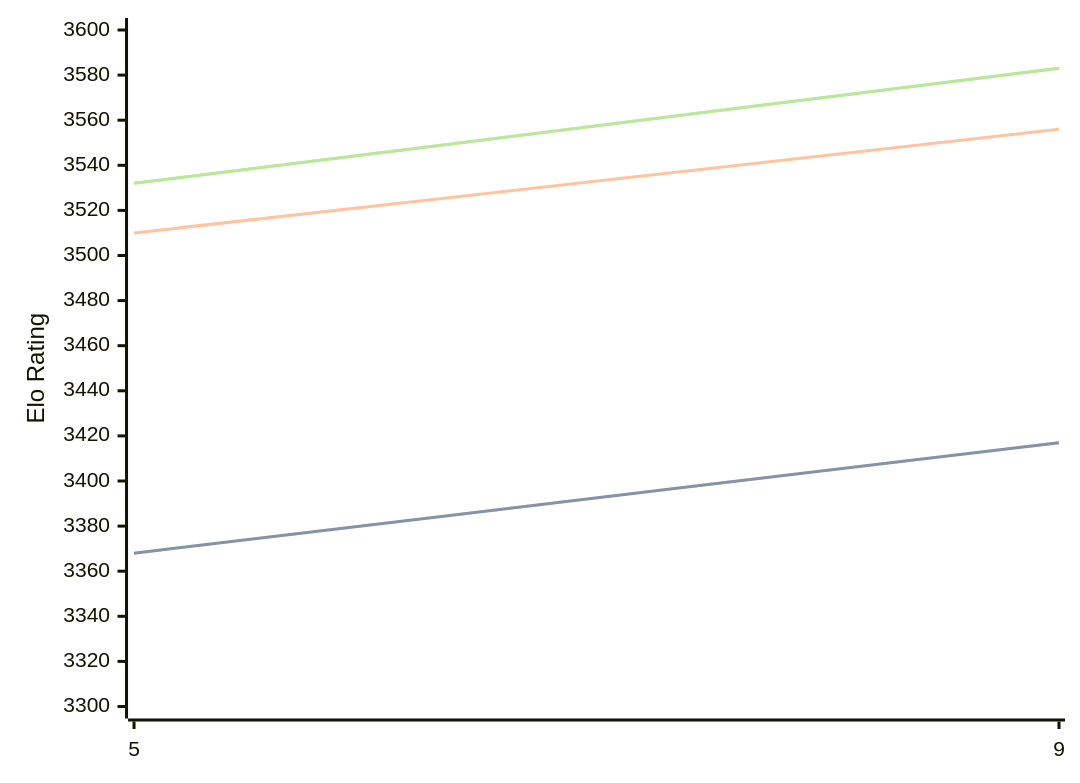
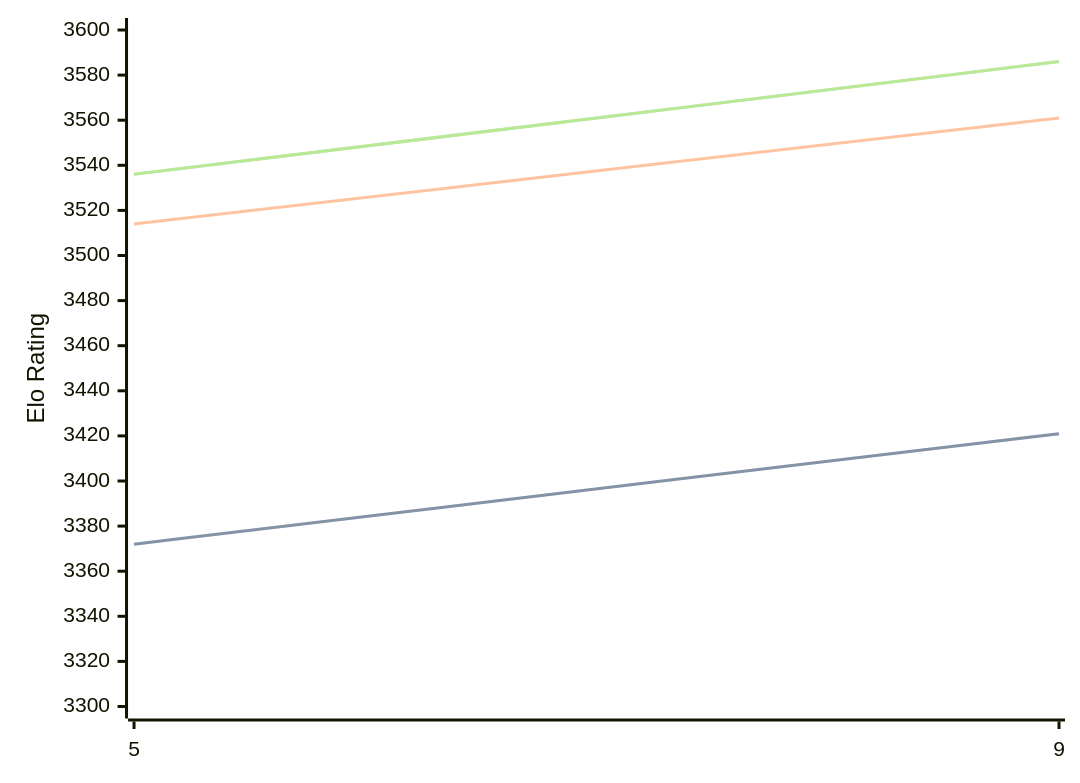
One commit to computer-chess-index/cci changed the diagram in engines/Crystal.md. Above: the diagram before and after it, drawn with Mermaid. The commit also changed other lines of this file, not shown here.

Commit message:
Update CCI Ratings (ELO VLTC) - 2026-08-18

````diff
--- a/engines/Crystal.md
+++ b/engines/Crystal.md
@@ -32,11 +32,11 @@
 ```mermaid
 %%{init: {"theme":"base","themeVariables":{"seriesColors:['#a3a3a3','#222221','#faa371']}}}%%
 xychart-beta
   x-axis ["5", "9"]
   y-axis "Elo Rating" 3300 --> 3600
-  line "STC (8.0+0.08s)" [3368, 3417]
-  line "STC (8.0+0.08s)" [3368, 3417]
-  line "LTC (60.0+0.60s)" [3510, 3556]
-  line "VLTC (2m24s+1.12s)" [3532, 3583]
-  line "VLTC (2m24s+1.12s)" [3532, 3583]
+  line "STC (8.0+0.08s)" [3372, 3421]
+  line "STC (8.0+0.08s)" [3372, 3421]
+  line "LTC (60.0+0.60s)" [3514, 3561]
+  line "VLTC (2m24s+1.12s)" [3536, 3586]
+  line "VLTC (2m24s+1.12s)" [3536, 3586]
 ```
````
